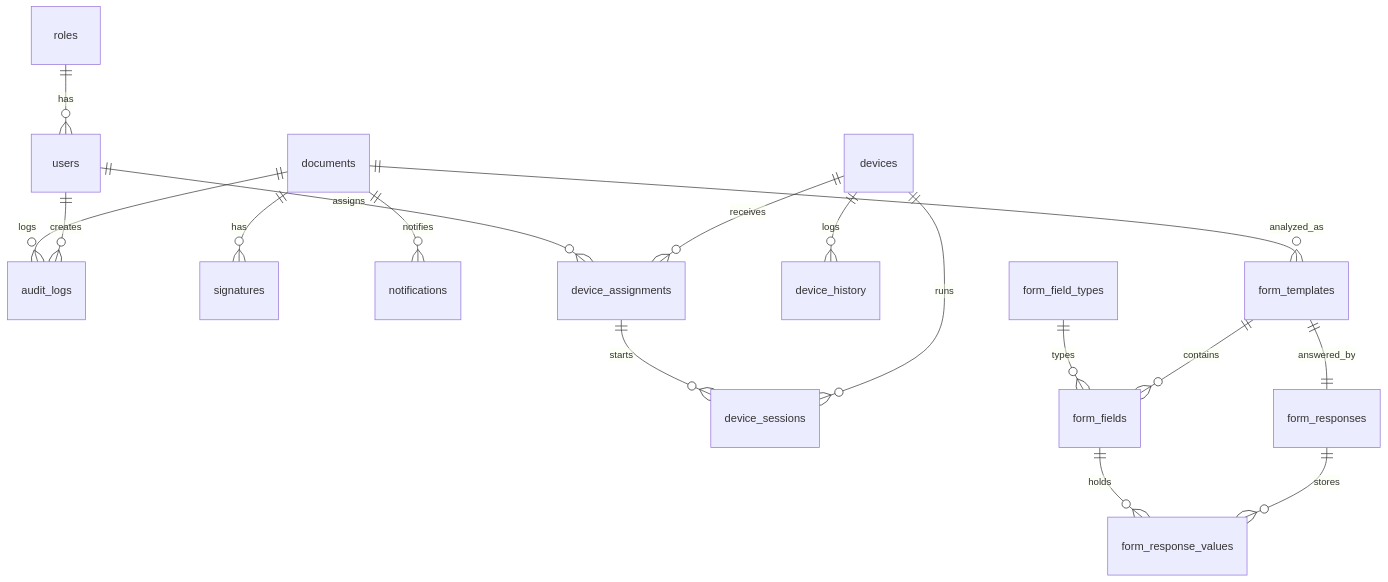
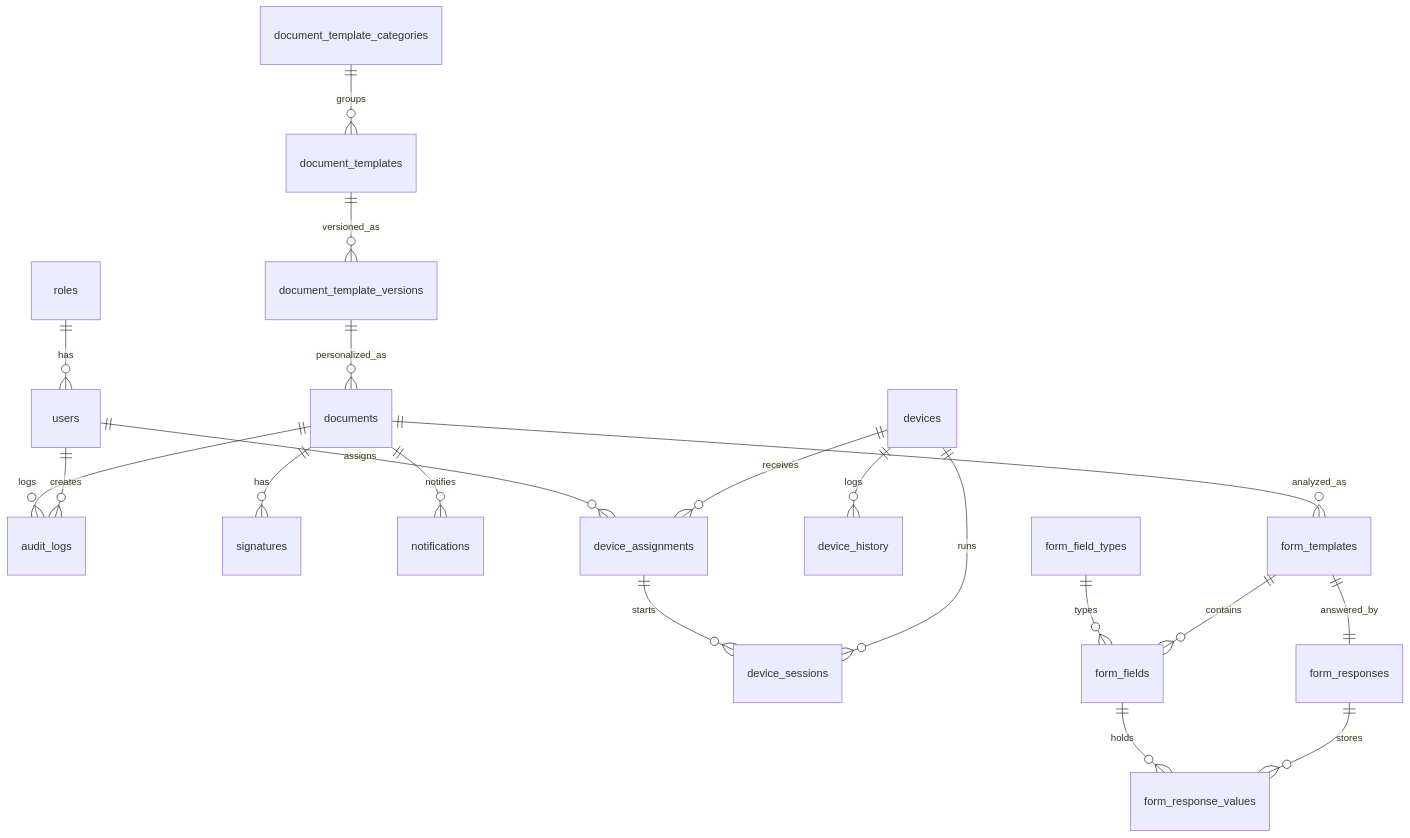
Before and after one commit to dareinelt/PatSign: the diagram in docs/datenbankschema.md, drawn with Mermaid. The commit also changed other lines of this file and 20 other files, not shown here.

````diff
--- a/docs/datenbankschema.md
+++ b/docs/datenbankschema.md
@@ -16,19 +24,22 @@
 ```mermaid
 erDiagram
   roles ||--o{ users : has
   users ||--o{ audit_logs : creates
   documents ||--o{ signatures : has
   documents ||--o{ audit_logs : logs
   documents ||--o{ notifications : notifies
   devices ||--o{ device_assignments : receives
   devices ||--o{ device_sessions : runs
   devices ||--o{ device_history : logs
   device_assignments ||--o{ device_sessions : starts
   users ||--o{ device_assignments : assigns
   documents ||--o{ form_templates : analyzed_as
   form_templates ||--o{ form_fields : contains
   form_field_types ||--o{ form_fields : types
   form_templates ||--|| form_responses : answered_by
   form_responses ||--o{ form_response_values : stores
   form_fields ||--o{ form_response_values : holds
+  document_template_categories ||--o{ document_templates : groups
+  document_templates ||--o{ document_template_versions : versioned_as
+  document_template_versions ||--o{ documents : personalized_as
 ```
````
